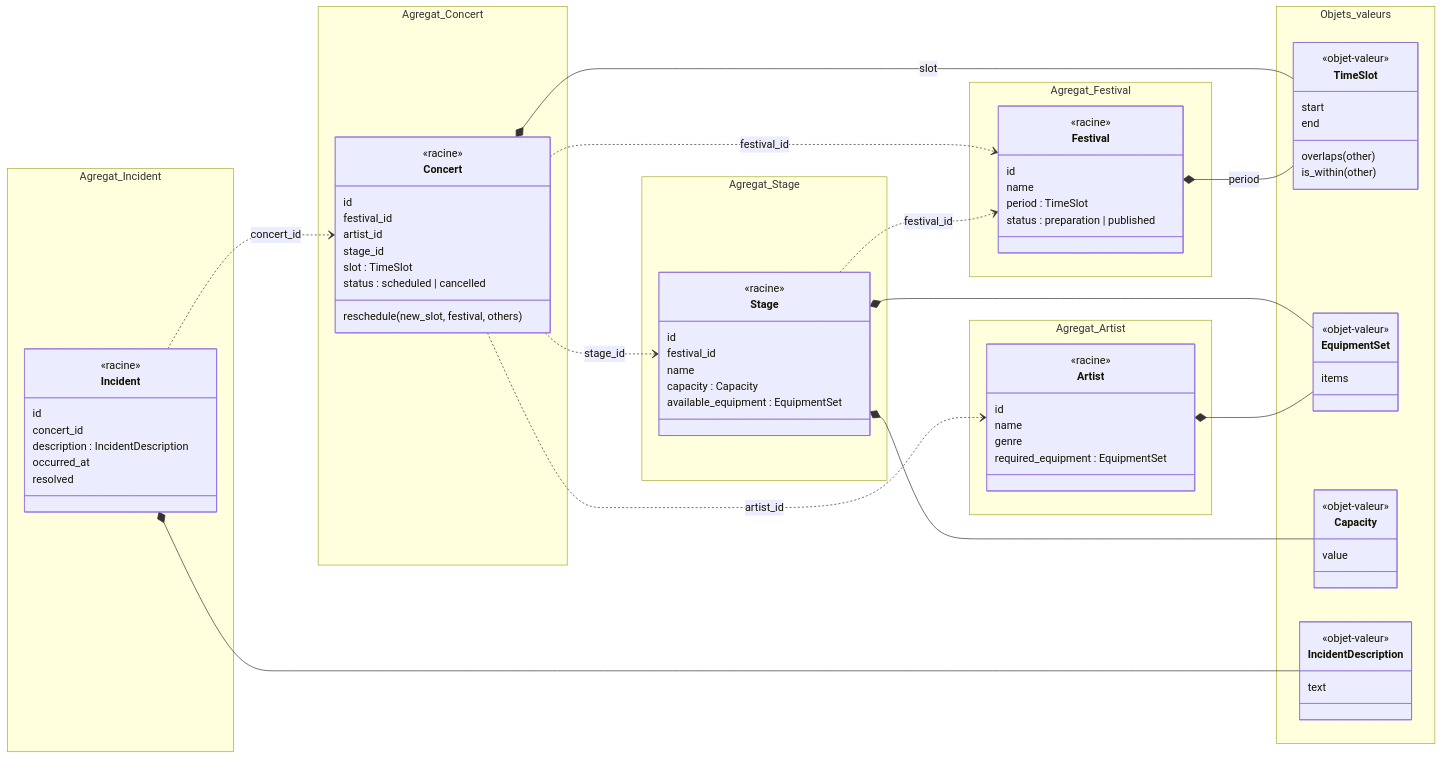
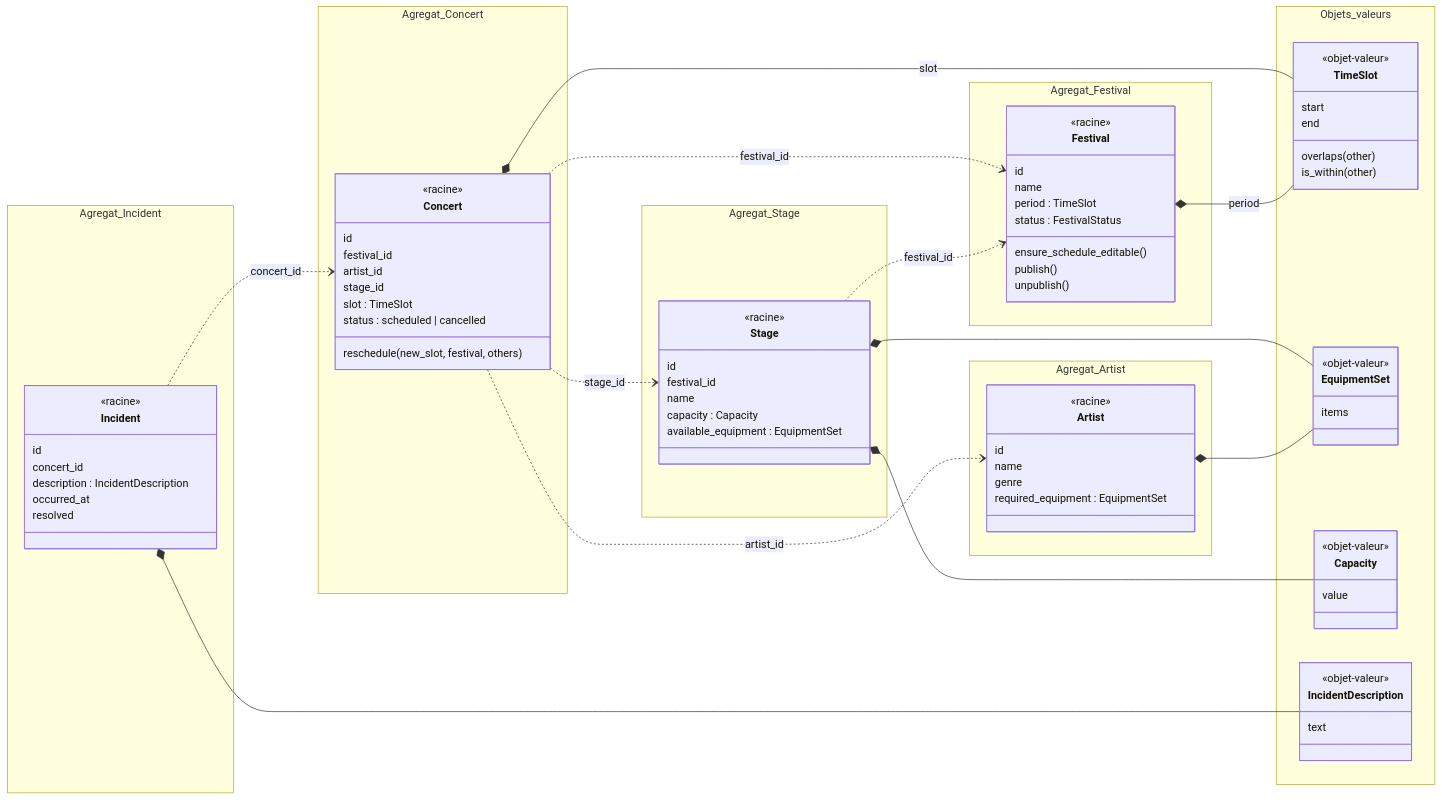
Before and after one commit to gabichcochet/FestiplanbyNicoWillyGabi: the first of 2 diagrams in festiplan/livrables/modele-domaine.md, drawn with Mermaid. The commit also changed other lines of this file and 1 other file, not shown here.

```diff
--- a/festiplan/livrables/modele-domaine.md
+++ b/festiplan/livrables/modele-domaine.md
@@ -25,7 +25,10 @@
             id
             name
             period : TimeSlot
-            status : preparation | published
+            status : FestivalStatus
+            ensure_schedule_editable()
+            publish()
+            unpublish()
         }
     }
 
```
